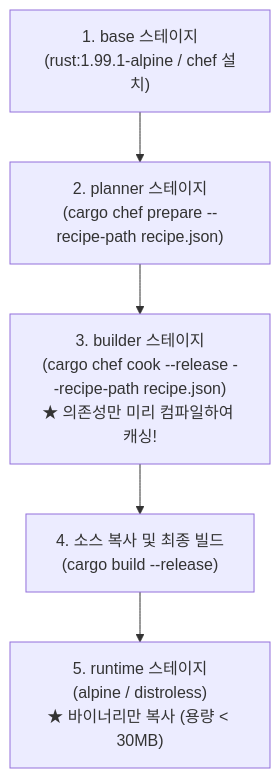
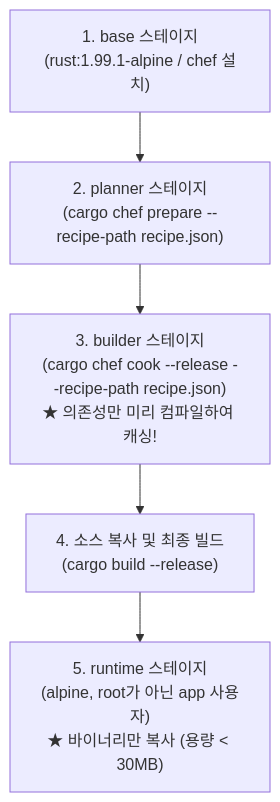
The first of 2 diagrams in docs/docker/build-optimization.md (kjayvam/file-template), drawn with Mermaid before and after one commit. The commit also changed other lines of this file and 58 other files, not shown here.

````diff
--- a/docs/docker/build-optimization.md
+++ b/docs/docker/build-optimization.md
@@ -13,10 +13,10 @@
 ```mermaid
 flowchart TD
     Base["1. base 스테이지<br/>(rust:1.99.1-alpine / chef 설치)"]
     Planner["2. planner 스테이지<br/>(cargo chef prepare --recipe-path recipe.json)"]
     Builder["3. builder 스테이지<br/>(cargo chef cook --release --recipe-path recipe.json)<br/>★ 의존성만 미리 컴파일하여 캐싱!"]
     CodeBuild["4. 소스 복사 및 최종 빌드<br/>(cargo build --release)"]
-    Runtime["5. runtime 스테이지<br/>(alpine / distroless)<br/>★ 바이너리만 복사 (용량 < 30MB)"]
+    Runtime["5. runtime 스테이지<br/>(alpine, root가 아닌 app 사용자)<br/>★ 바이너리만 복사 (용량 < 30MB)"]
 
     Base --> Planner --> Builder --> CodeBuild --> Runtime
 ```
````
